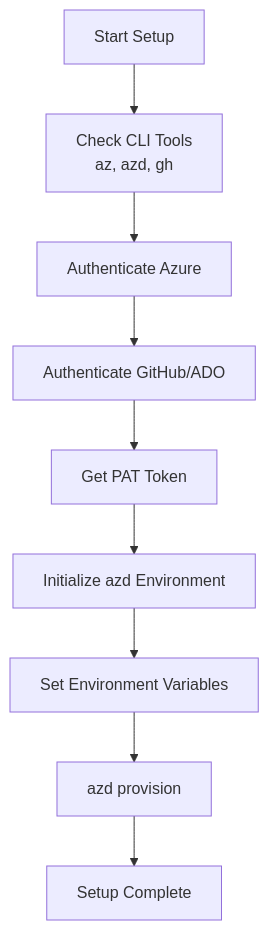
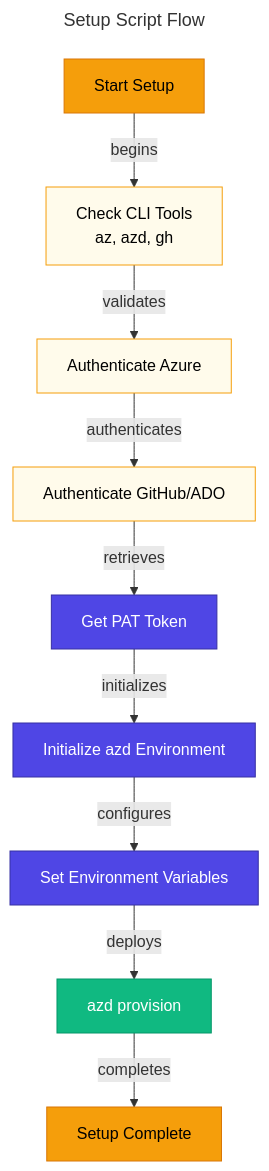
Diagram 12 of 14 in docs/architecture/04-technology-architecture.md (Evilazaro/DevExp-DevBox), drawn with Mermaid before and after one commit. The commit also changed other lines of this file, not shown here.

Commit message:
Refactor setup script flow, Git branching strategy, and release process diagrams to enhance clarity and detail in technology architecture documentation

````diff
--- a/docs/architecture/04-technology-architecture.md
+++ b/docs/architecture/04-technology-architecture.md
@@ -1097,21 +1097,38 @@
 ```mermaid
+---
+title: Setup Script Flow
+---
 flowchart TD
-    START[Start Setup]
-    CHECK_CLI[Check CLI Tools<br/>az, azd, gh]
-    AUTH_AZ[Authenticate Azure]
-    AUTH_GH[Authenticate GitHub/ADO]
-    GET_TOKEN[Get PAT Token]
-    INIT_ENV[Initialize azd Environment]
-    SET_VARS[Set Environment Variables]
-    PROVISION[azd provision]
-    END[Setup Complete]
+    %% ===== STYLE DEFINITIONS =====
+    classDef primary fill:#4F46E5,stroke:#3730A3,color:#FFFFFF
+    classDef secondary fill:#10B981,stroke:#059669,color:#FFFFFF
+    classDef datastore fill:#F59E0B,stroke:#D97706,color:#000000
+    classDef decision fill:#FFFBEB,stroke:#F59E0B,color:#000000
 
-    START --> CHECK_CLI
-    CHECK_CLI --> AUTH_AZ
-    AUTH_AZ --> AUTH_GH
-    AUTH_GH --> GET_TOKEN
-    GET_TOKEN --> INIT_ENV
-    INIT_ENV --> SET_VARS
-    SET_VARS --> PROVISION
-    PROVISION --> END
+    %% ===== FLOW =====
+    START["Start Setup"]
+    CHECK_CLI["Check CLI Tools<br/>az, azd, gh"]
+    AUTH_AZ["Authenticate Azure"]
+    AUTH_GH["Authenticate GitHub/ADO"]
+    GET_TOKEN["Get PAT Token"]
+    INIT_ENV["Initialize azd Environment"]
+    SET_VARS["Set Environment Variables"]
+    PROVISION["azd provision"]
+    END_NODE["Setup Complete"]
+
+    %% ===== CONNECTIONS =====
+    START -->|"begins"| CHECK_CLI
+    CHECK_CLI -->|"validates"| AUTH_AZ
+    AUTH_AZ -->|"authenticates"| AUTH_GH
+    AUTH_GH -->|"retrieves"| GET_TOKEN
+    GET_TOKEN -->|"initializes"| INIT_ENV
+    INIT_ENV -->|"configures"| SET_VARS
+    SET_VARS -->|"deploys"| PROVISION
+    PROVISION -->|"completes"| END_NODE
+
+    %% ===== APPLY STYLES =====
+    class START,END_NODE datastore
+    class CHECK_CLI,AUTH_AZ,AUTH_GH decision
+    class GET_TOKEN,INIT_ENV,SET_VARS primary
+    class PROVISION secondary
 ```
````
